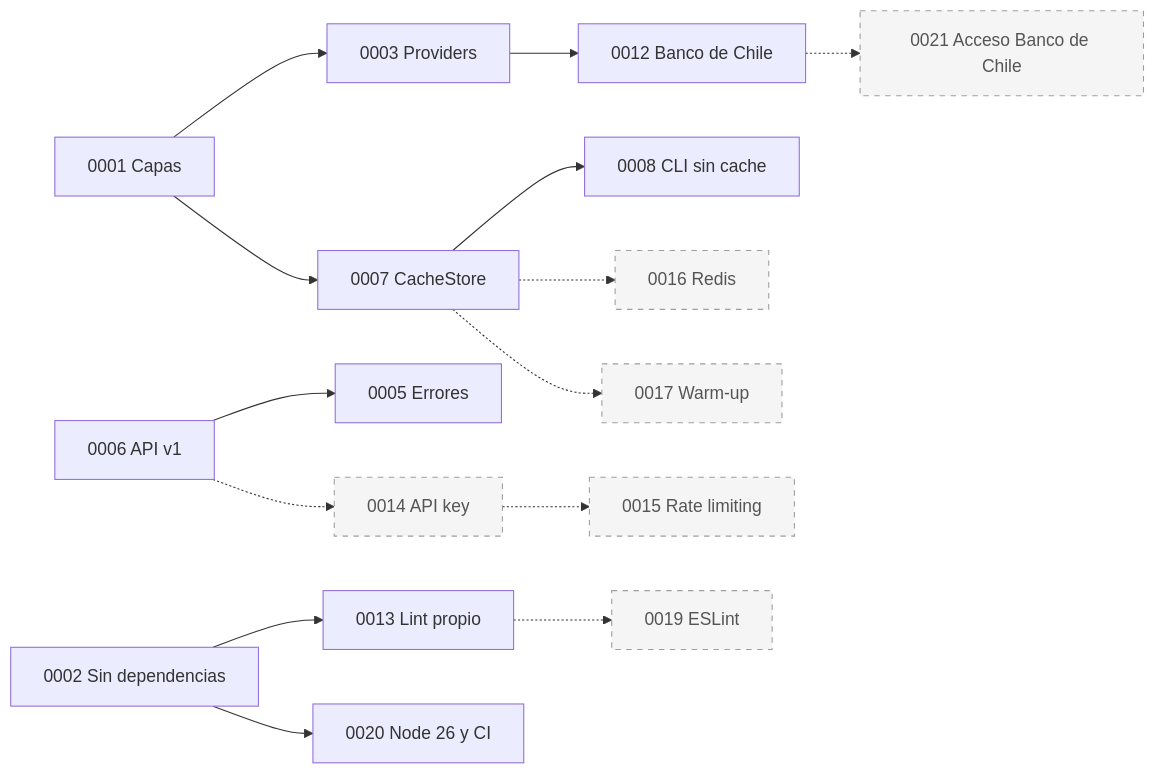
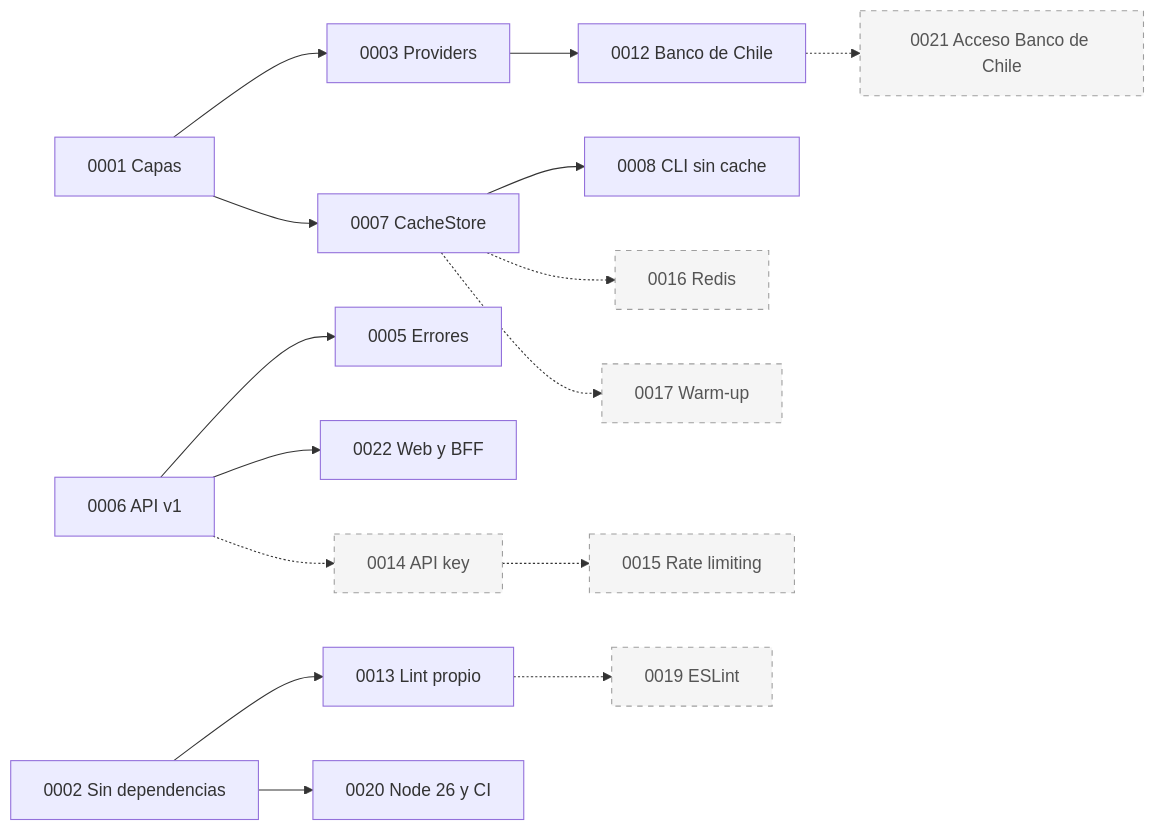
The diagram in docs/adr/README.md (sebcld/benefits-aggregator-cl), drawn with Mermaid before and after one commit. The commit also changed other lines of this file and 4 other files, not shown here.

````diff
--- a/docs/adr/README.md
+++ b/docs/adr/README.md
@@ -35,19 +36,20 @@
 ```mermaid
 flowchart LR
   a0001["0001 Capas"] --> a0003["0003 Providers"]
   a0001 --> a0007["0007 CacheStore"]
   a0002["0002 Sin dependencias"] --> a0013["0013 Lint propio"]
   a0002 --> a0020["0020 Node 26 y CI"]
   a0003 --> a0012["0012 Banco de Chile"]
   a0006["0006 API v1"] --> a0005["0005 Errores"]
+  a0006 --> a0022["0022 Web y BFF"]
   a0007 --> a0008["0008 CLI sin cache"]
   a0007 -.-> p0016["0016 Redis"]
   a0007 -.-> p0017["0017 Warm-up"]
   a0006 -.-> p0014["0014 API key"]
   p0014 -.-> p0015["0015 Rate limiting"]
   a0012 -.-> p0021["0021 Acceso Banco de Chile"]
   a0013 -.-> p0019["0019 ESLint"]
 
   classDef propuesto fill:#f5f5f5,stroke:#9e9e9e,stroke-dasharray:5 5,color:#555555
   class p0014,p0015,p0016,p0017,p0019,p0021 propuesto
 ```
````
